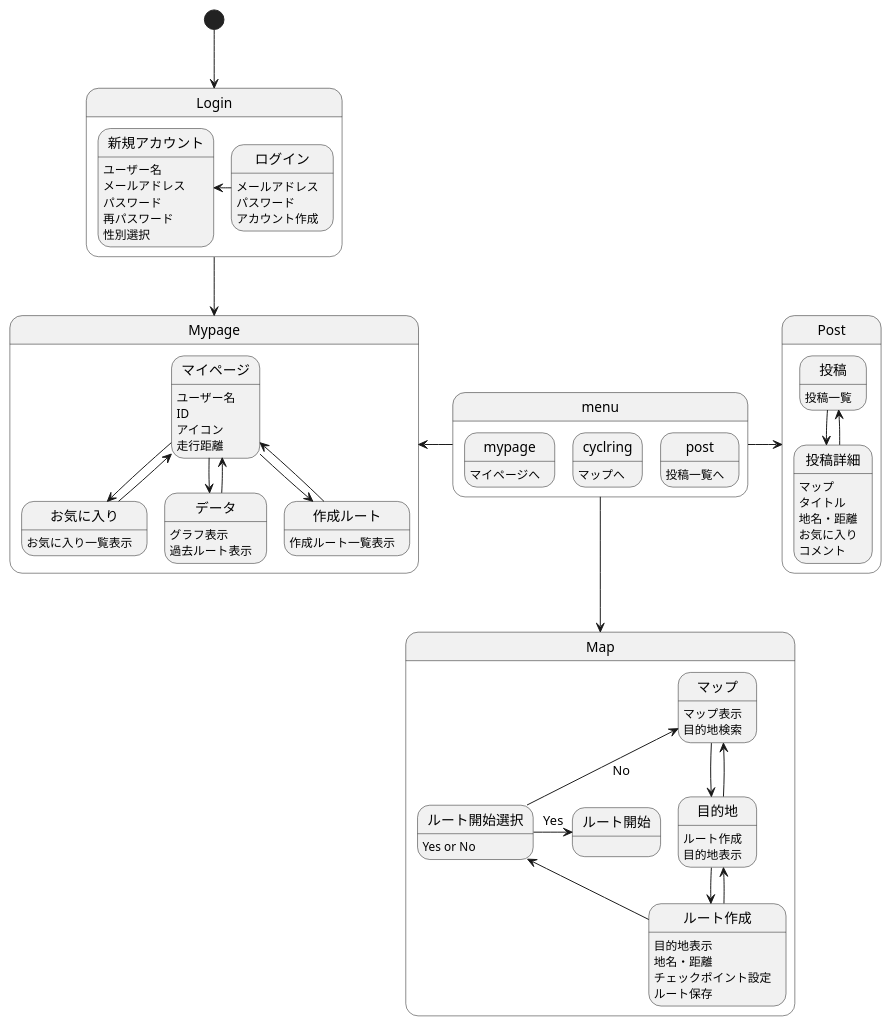
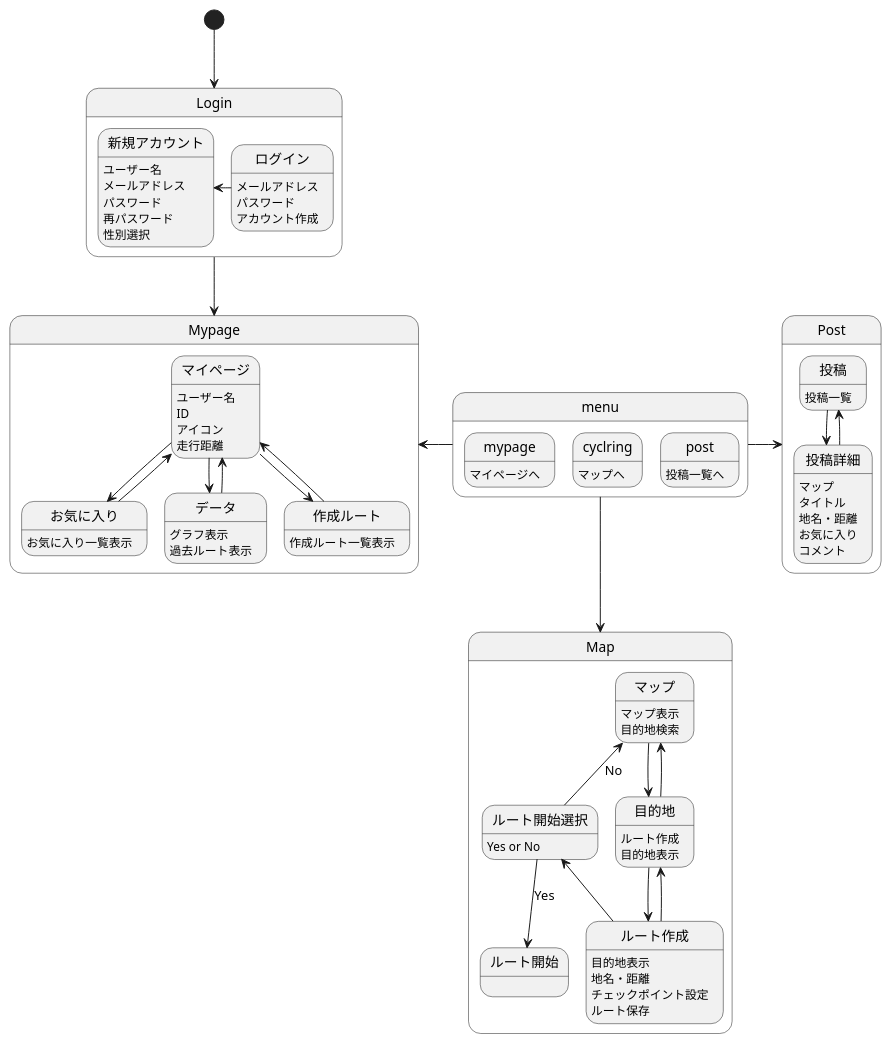
One commit to AsoSD3A3/CyclingSystem changed the diagram in 画面遷移図/gm.md. Above: the diagram before and after it, drawn with PlantUML.

```diff
--- a/画面遷移図/gm.md
+++ b/画面遷移図/gm.md
@@ -62,7 +62,7 @@
 ルート作成:ルート保存
 ルート作成-left->ルート開始選択
 ルート開始選択:Yes or No
-ルート開始選択-right->ルート開始 :Yes
+ルート開始選択-down->ルート開始 :Yes
 ルート開始選択-up->マップ :No
 }
 
```
